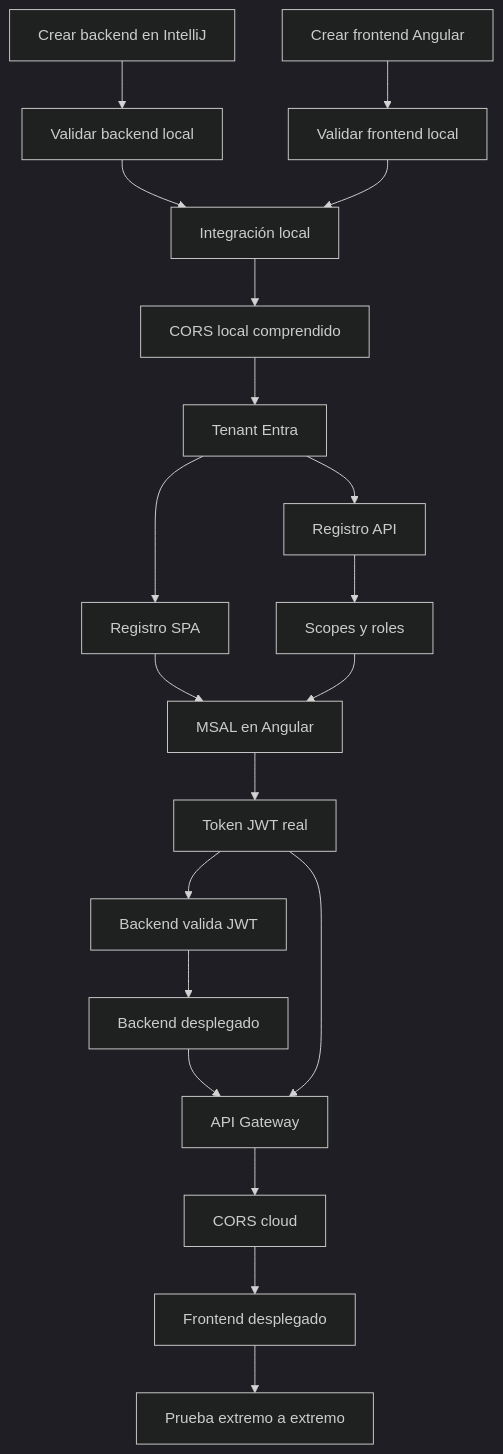
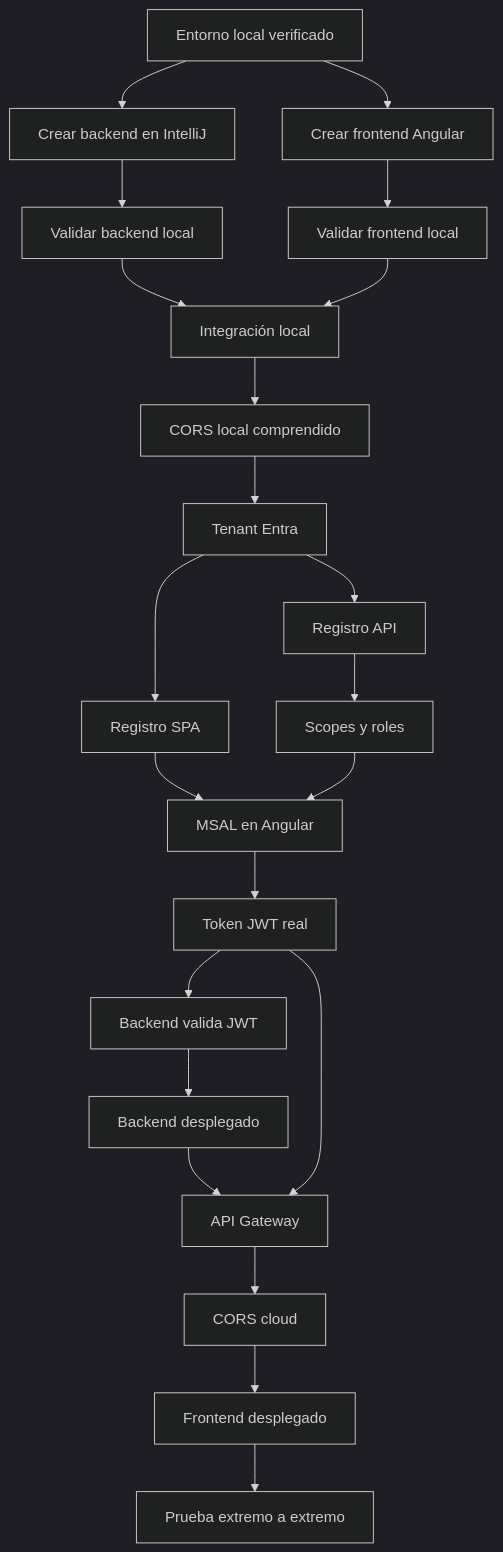
The diagram in guias-integradas/ev1/00-mapa-y-prerequisitos.md (cmartinezs/DSY1107-DESARROLLO-CLOUD-NATIVE-I-2026-2), drawn with Mermaid (dark theme) before and after one commit. The commit also changed other lines of this file, not shown here.

````diff
--- a/guias-integradas/ev1/00-mapa-y-prerequisitos.md
+++ b/guias-integradas/ev1/00-mapa-y-prerequisitos.md
@@ -136,22 +147,24 @@
 ```mermaid
 flowchart TD
-    BI[Crear backend en IntelliJ] --> BV[Validar backend local]
-    FA[Crear frontend Angular] --> FV[Validar frontend local]
+    E[Entorno local verificado] --> BI[Crear backend en IntelliJ]
+    E --> FA[Crear frontend Angular]
+    BI --> BV[Validar backend local]
+    FA --> FV[Validar frontend local]
     BV --> L[Integración local]
     FV --> L
     L --> C0[CORS local comprendido]
     C0 --> T[Tenant Entra]
     T --> SPA[Registro SPA]
     T --> API[Registro API]
     API --> S[Scopes y roles]
     SPA --> M[MSAL en Angular]
     S --> M
     M --> J[Token JWT real]
     J --> B[Backend valida JWT]
     B --> EC2[Backend desplegado]
     EC2 --> GW[API Gateway]
     J --> GW
     GW --> C[CORS cloud]
     C --> FD[Frontend desplegado]
     FD --> E2E[Prueba extremo a extremo]
 ```
````
